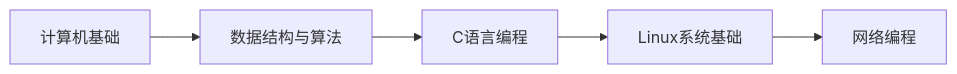
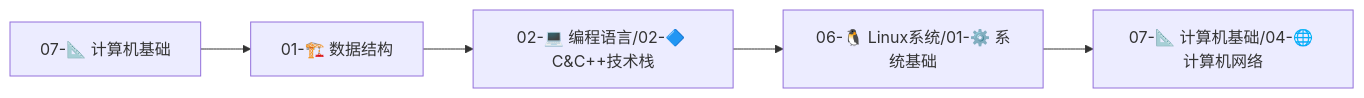
One commit to dakavin/DK-Note changed the first of 4 diagrams in README.md. Above: the diagram before and after it, drawn with Mermaid. The commit also changed other lines of this file and 7 other files, not shown here.

````diff
--- a/README.md
+++ b/README.md
@@ -103,7 +141,7 @@
 ```mermaid
 graph LR
-    A[计算机基础] --> B[数据结构与算法]
-    B --> C[C语言编程]
-    C --> D[Linux系统基础]
-    D --> E[网络编程]
+    A[07-📐 计算机基础] --> B[01-🏗️ 数据结构]
+    B --> C[02-💻 编程语言/02-🔷 C&C++技术栈]
+    C --> D[06-🐧 Linux系统/01-⚙️ 系统基础]
+    D --> E[07-📐 计算机基础/04-🌐 计算机网络]
 ```
````
